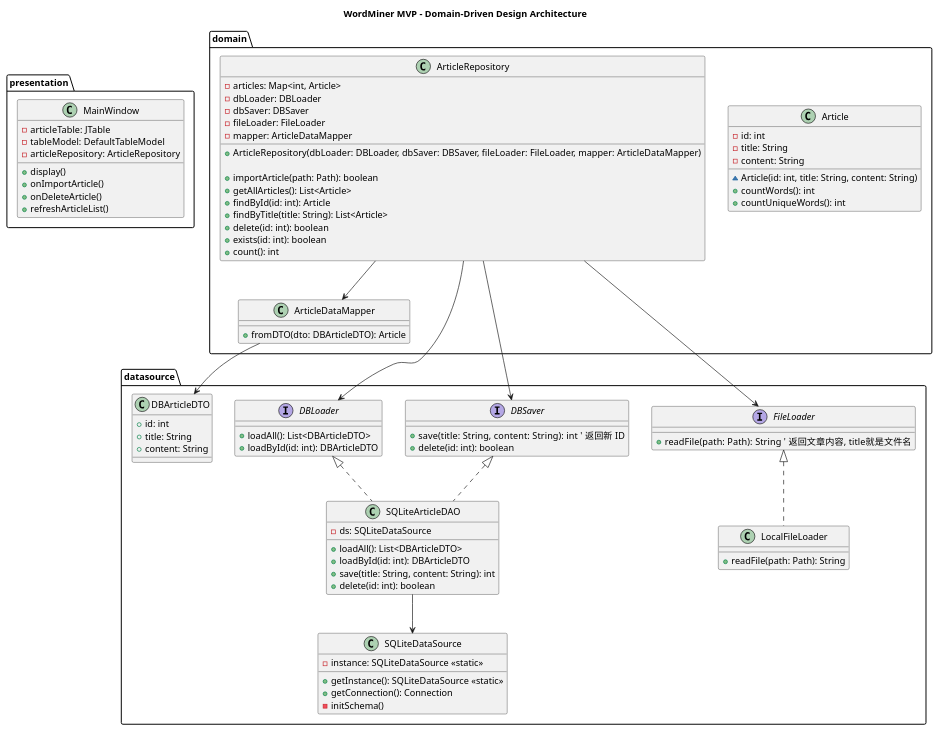
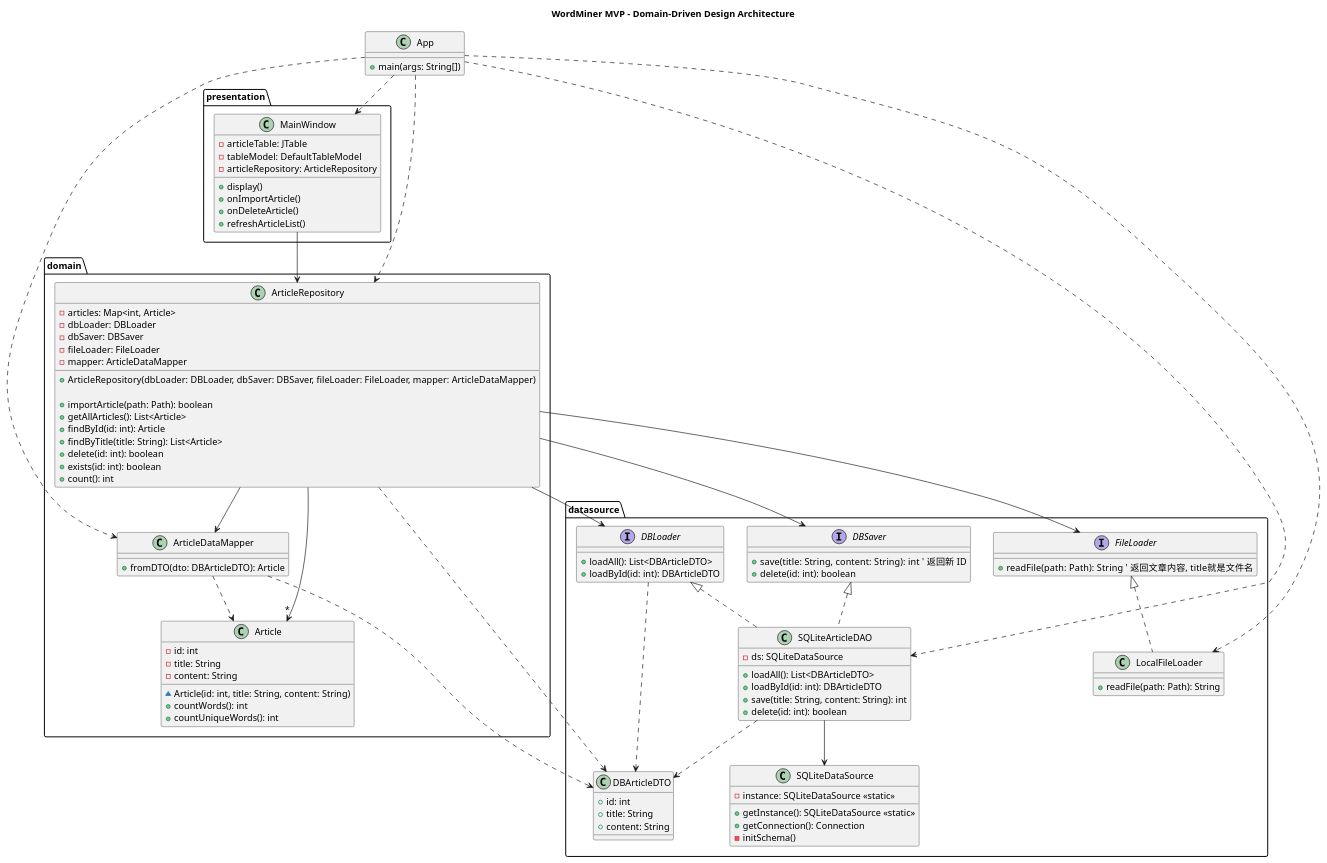
Before and after one commit to nu-cs-sw-design/project-20252601-ruitaozhou_final_project: the diagram in java-wordminer/design/MVP.puml, drawn with PlantUML. The commit also changed 3 other files, not shown here.

```diff
--- a/java-wordminer/design/MVP.puml
+++ b/java-wordminer/design/MVP.puml
@@ -1,158 +1,178 @@
 @startuml
 title WordMiner MVP - Domain-Driven Design Architecture
 
+
+class App {
+    +main(args: String[])
+}
 
 ' ===========================================================
 ' Presentation Layer - 表现层
 ' ===========================================================
 package presentation {
     class MainWindow {
         -articleTable: JTable
         -tableModel: DefaultTableModel
         -articleRepository: ArticleRepository
         +display()
         +onImportArticle()
         +onDeleteArticle()
         +refreshArticleList()
     }
 }
 
 ' ===========================================================
 ' Domain Layer - 领域层 (DDD 核心)
 ' ===========================================================
 package domain {
 
     ' -------------------------------------------------------
     ' Article 实体
     ' -------------------------------------------------------
     class Article {
         -id: int
         -title: String
         -content: String
         ~Article(id: int, title: String, content: String)
         +countWords(): int
         +countUniqueWords(): int
     }
 
     ' -------------------------------------------------------
     ' ArticleDataMapper
     ' 负责：将 datasource 返回的 DBArticleDTO 转换为 domain 的 Article 对象
     ' -------------------------------------------------------
     class ArticleDataMapper {
         +fromDTO(dto: DBArticleDTO): Article
     }
 
     ' -------------------------------------------------------
     ' Article Repository (聚合根)
     '
     ' 负责：
     '   1. 初始化时从数据库载入数据 (DBLoader) → 通过 Mapper 转换为 Article 对象
     '   2. importArticle(path) 时：
     '      - FileLoader 读文件内容
     '      - DBSaver 存库（获得新 ID）
     '      - DBLoader 重新读取（确保 ID 正确）
     '      - Mapper 转换为 Article
     '      - 添加到 articles Map
     '   3. 删除文章时通知 datasource 删除数据库 (DBSaver)
     ' ------------------------------------------------------- 
 
     class ArticleRepository {
         -articles: Map<int, Article>
         -dbLoader: DBLoader
         -dbSaver: DBSaver
         -fileLoader: FileLoader
         -mapper: ArticleDataMapper
 
         +ArticleRepository(dbLoader: DBLoader, dbSaver: DBSaver, fileLoader: FileLoader, mapper: ArticleDataMapper)
 
         +importArticle(path: Path): boolean
         +getAllArticles(): List<Article>
         +findById(id: int): Article
         +findByTitle(title: String): List<Article>
         +delete(id: int): boolean
         +exists(id: int): boolean
         +count(): int
     }
 }
 
 
 ' ===========================================================
 ' DataSource Layer - 基础设施层
 ' ===========================================================
 package datasource {
 
     ' -------------------------------------------------------
     ' Loader：从数据库返回基础类型/DTO（不能返回 Article）
     ' -------------------------------------------------------
     class DBArticleDTO {
         +id: int
         +title: String
         +content: String
     }
 
     interface DBLoader {
         +loadAll(): List<DBArticleDTO>
         +loadById(id: int): DBArticleDTO
     }
 
     ' -------------------------------------------------------
     ' Saver：负责存储数据，返回基础类型
     ' Repository 使用返回的数据 new Article
     ' -------------------------------------------------------
     interface DBSaver {
         +save(title: String, content: String): int   ' 返回新 ID
         +delete(id: int): boolean
     }
 
     ' -------------------------------------------------------
     ' FileLoader：用于 importArticle 读取本地文件
     ' -------------------------------------------------------
     interface FileLoader {
         +readFile(path: Path): String   ' 返回文章内容, title就是文件名
     }
 
     ' -------------------------------------------------------
     ' FileLoader 实现类
     ' -------------------------------------------------------
     class LocalFileLoader {
         +readFile(path: Path): String
     }
     
     FileLoader <|.. LocalFileLoader
 
     ' -------------------------------------------------------
     ' SQLiteDataSource (Singleton)
     ' -------------------------------------------------------
     class SQLiteDataSource {
         -instance: SQLiteDataSource <<static>>
         +getInstance(): SQLiteDataSource <<static>>
         +getConnection(): Connection
         -initSchema()
     }
 
     ' -------------------------------------------------------
     ' DBLoader & DBSaver 实现类
     ' -------------------------------------------------------
     class SQLiteArticleDAO {
         -ds: SQLiteDataSource
         +loadAll(): List<DBArticleDTO>
         +loadById(id: int): DBArticleDTO
         +save(title: String, content: String): int
         +delete(id: int): boolean
     }
 
     DBLoader <|.. SQLiteArticleDAO
     DBSaver <|.. SQLiteArticleDAO
 }
 
 ' ===========================================================
 ' Dependencies
 ' ===========================================================
+App ..> SQLiteArticleDAO
+App ..> LocalFileLoader
+App ..> ArticleDataMapper
+App ..> ArticleRepository
+App ..> MainWindow
+
+MainWindow --> domain.ArticleRepository
+
+domain.ArticleRepository -->"*" domain.Article
 domain.ArticleRepository --> datasource.DBLoader
 domain.ArticleRepository --> datasource.DBSaver
 domain.ArticleRepository --> datasource.FileLoader
 domain.ArticleRepository --> domain.ArticleDataMapper
-domain.ArticleDataMapper --> datasource.DBArticleDTO
+domain.ArticleRepository ..> DBArticleDTO
+
+domain.ArticleDataMapper ..> datasource.DBArticleDTO
+domain.ArticleDataMapper ..> domain.Article
+
+datasource.DBLoader ..> DBArticleDTO
+
+datasource.SQLiteArticleDAO ..> datasource.DBArticleDTO
 datasource.SQLiteArticleDAO --> datasource.SQLiteDataSource
 
 @enduml
```
